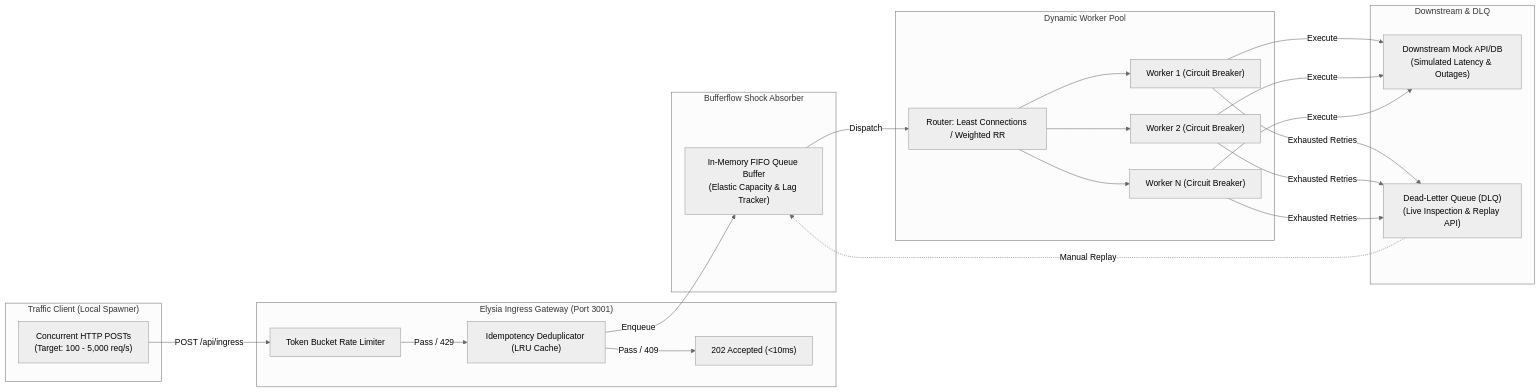
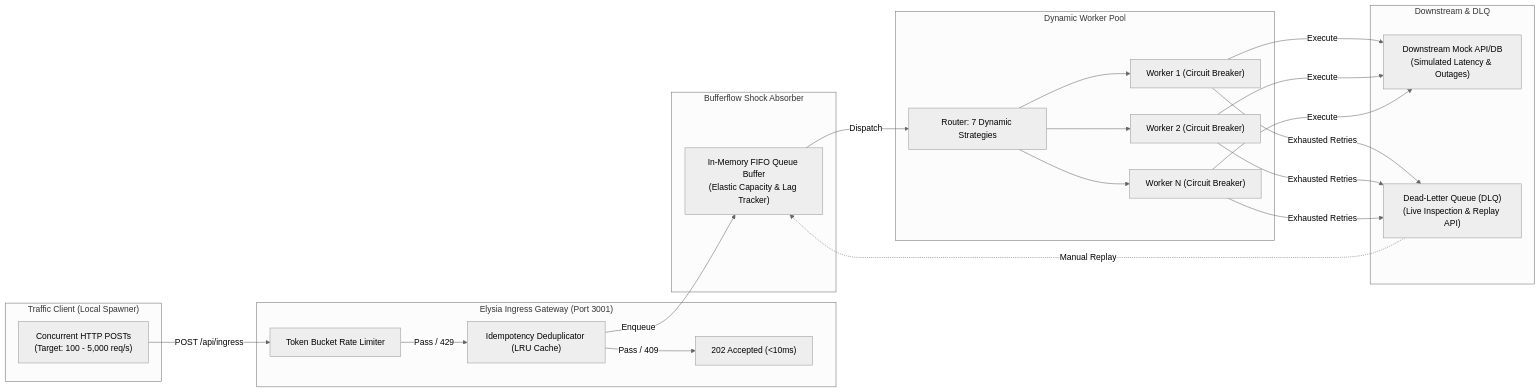
One commit to deji-dd/bufferflow changed the diagram in README.md. Above: the diagram before and after it, drawn with Mermaid (neutral theme). The commit also changed other lines of this file and 35 other files, not shown here.

````diff
--- a/README.md
+++ b/README.md
@@ -12,38 +12,38 @@
 ```mermaid
 flowchart LR
     subgraph ClientLayer ["Traffic Client (Local Spawner)"]
         TC["Concurrent HTTP POSTs<br/>(Target: 100 - 5,000 req/s)"]
     end
 
     subgraph Gateway ["Elysia Ingress Gateway (Port 3001)"]
         RL["Token Bucket Rate Limiter"]
         IDEM["Idempotency Deduplicator (LRU Cache)"]
         ACK["202 Accepted (&lt;10ms)"]
     end
 
     subgraph BufferEngine ["Bufferflow Shock Absorber"]
         MEMQ["In-Memory FIFO Queue Buffer<br/>(Elastic Capacity &amp; Lag Tracker)"]
     end
 
     subgraph WorkerLayer ["Dynamic Worker Pool"]
-        ROUTER["Router: Least Connections / Weighted RR"]
+        ROUTER["Router: 7 Dynamic Strategies"]
         W1["Worker 1 (Circuit Breaker)"]
         W2["Worker 2 (Circuit Breaker)"]
         WN["Worker N (Circuit Breaker)"]
     end
 
     subgraph Downstream ["Downstream &amp; DLQ"]
         MOCK["Downstream Mock API/DB<br/>(Simulated Latency &amp; Outages)"]
         DLQ["Dead-Letter Queue (DLQ)<br/>(Live Inspection &amp; Replay API)"]
     end
 
     TC -->|POST /api/ingress| RL
     RL -->|Pass / 429| IDEM
     IDEM -->|Pass / 409| ACK
     IDEM -->|Enqueue| MEMQ
     MEMQ -->|Dispatch| ROUTER
     ROUTER --> W1 & W2 & WN
     W1 & W2 & WN -->|Execute| MOCK
     W1 & W2 & WN -->|Exhausted Retries| DLQ
     DLQ -.->|Manual Replay| MEMQ
 ```
````
